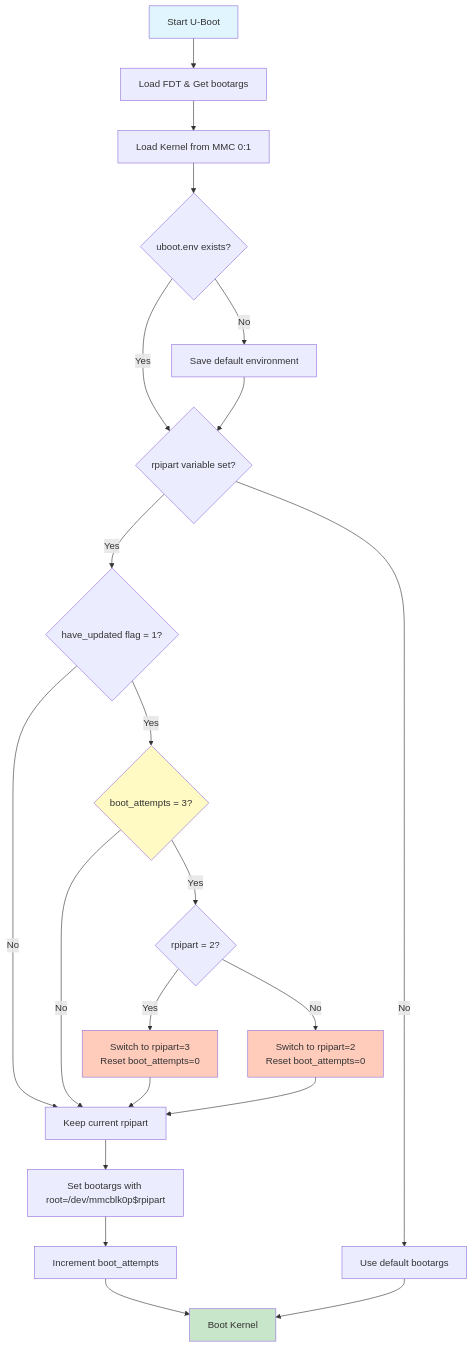
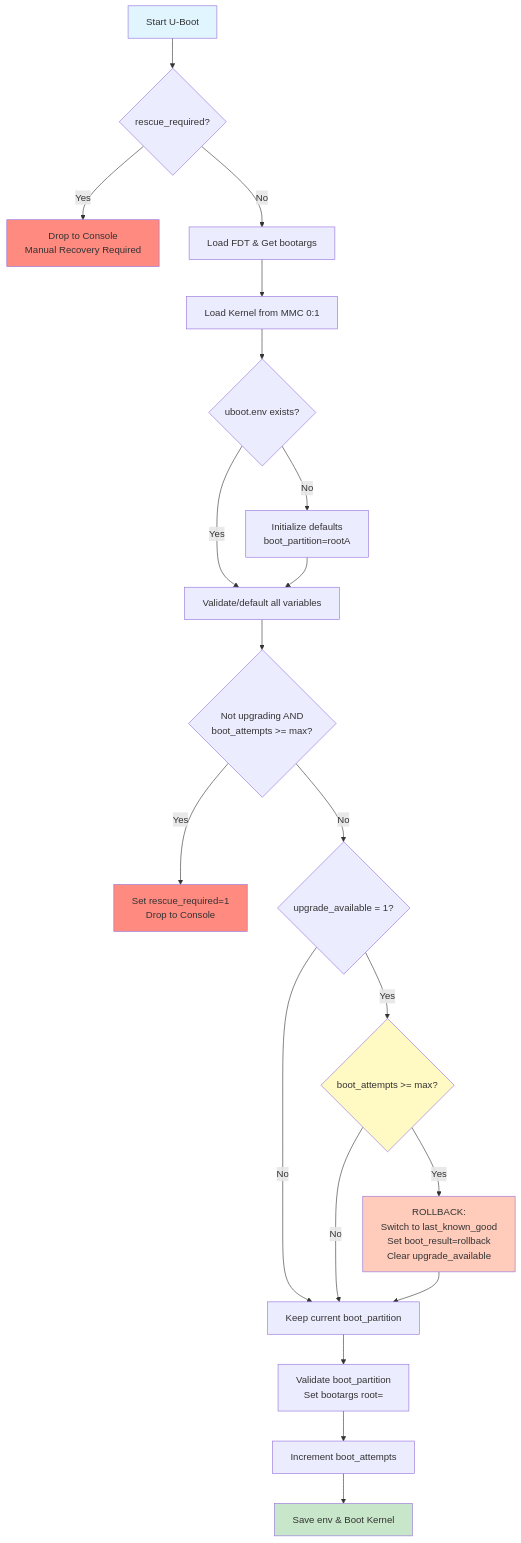
Before and after one commit to Azure/meta-raspberrypi-adu: the diagram in docs/uboot.md, drawn with Mermaid. The commit also changed other lines of this file and 12 other files, not shown here.

````diff
--- a/docs/uboot.md
+++ b/docs/uboot.md
@@ -18,34 +18,33 @@
 ```mermaid
 flowchart TD
-    A[Start U-Boot] --> B[Load FDT & Get bootargs]
+    A[Start U-Boot] --> R{rescue_required?}
+    R -->|Yes| RESCUE[Drop to Console<br/>Manual Recovery Required]
+    R -->|No| B[Load FDT & Get bootargs]
     B --> C[Load Kernel from MMC 0:1]
     C --> D{uboot.env exists?}
-    D -->|No| E[Save default environment]
-    D -->|Yes| F{rpipart variable set?}
-    E --> F
+    D -->|No| E[Initialize defaults<br/>boot_partition=rootA]
+    D -->|Yes| V[Validate/default all variables]
+    E --> V
     
-    F -->|No| Z[Use default bootargs]
-    F -->|Yes| G{have_updated flag = 1?}
+    V --> CAT{Not upgrading AND<br/>boot_attempts >= max?}
+    CAT -->|Yes| CATLATCH[Set rescue_required=1<br/>Drop to Console]
+    CAT -->|No| F{upgrade_available = 1?}
     
-    G -->|No| M[Keep current rpipart]
-    G -->|Yes| H{boot_attempts = 3?}
+    F -->|No| M[Keep current boot_partition]
+    F -->|Yes| H{boot_attempts >= max?}
     
     H -->|No| M
-    H -->|Yes| I{rpipart = 2?}
+    H -->|Yes| I[ROLLBACK:<br/>Switch to last_known_good<br/>Set boot_result=rollback<br/>Clear upgrade_available]
     
-    I -->|Yes| J[Switch to rpipart=3<br/>Reset boot_attempts=0]
-    I -->|No| K[Switch to rpipart=2<br/>Reset boot_attempts=0]
-    
-    J --> M
-    K --> M
-    M --> N[Set bootargs with root=/dev/mmcblk0p$rpipart]
+    I --> M
+    M --> N[Validate boot_partition<br/>Set bootargs root=]
     N --> O[Increment boot_attempts]
-    O --> P[Boot Kernel]
-    Z --> P
+    O --> P[Save env & Boot Kernel]
     
     style A fill:#e1f5ff
     style P fill:#c8e6c9
-    style J fill:#ffccbc
-    style K fill:#ffccbc
+    style I fill:#ffccbc
+    style RESCUE fill:#ff8a80
+    style CATLATCH fill:#ff8a80
     style H fill:#fff9c4
 ```
````
